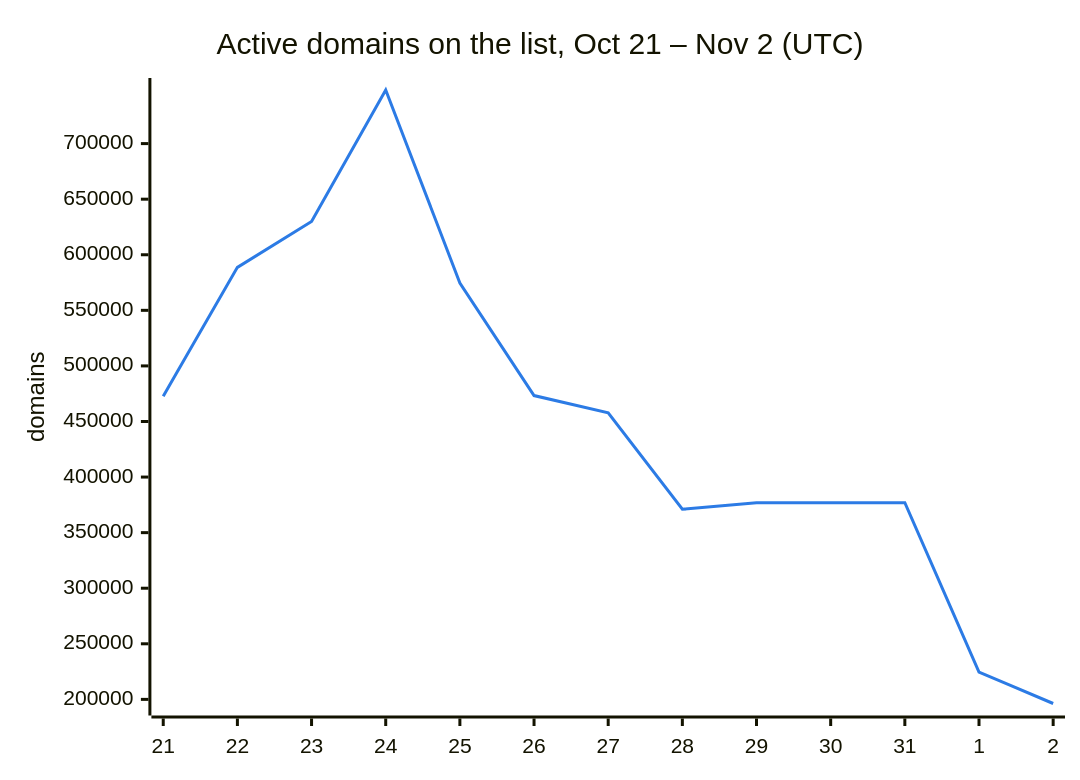
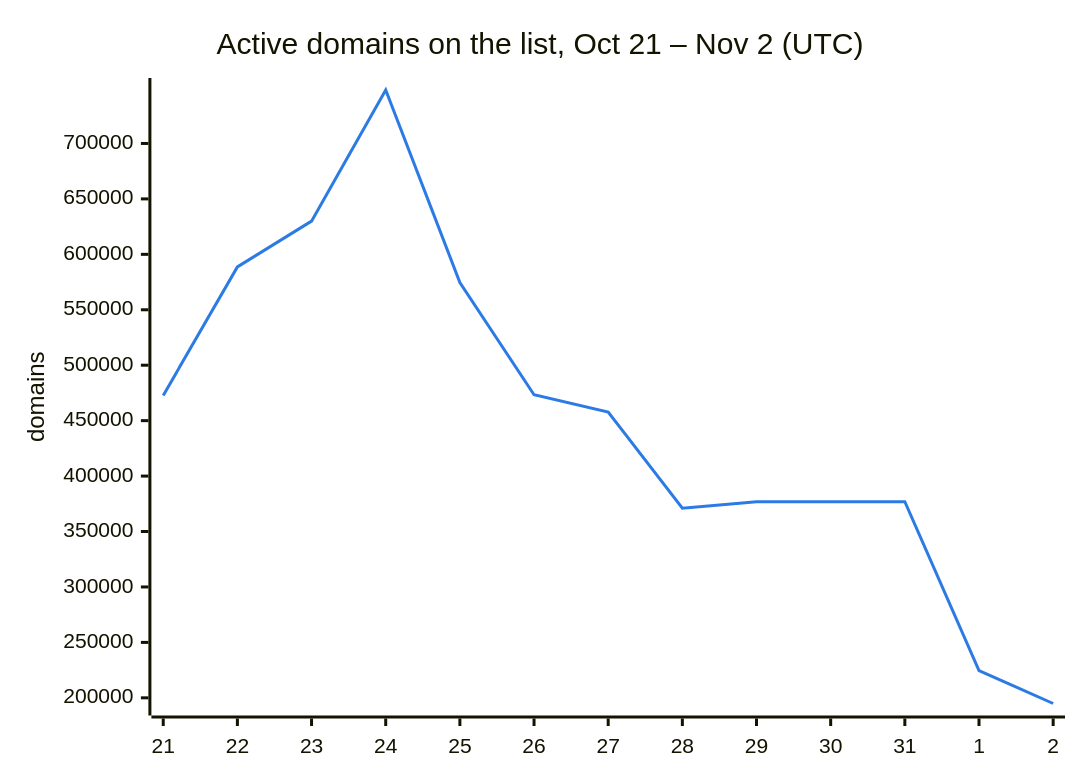
One commit to DNSBunker/CTI changed the second of 3 diagrams in README.md. Above: the diagram before and after it, drawn with Mermaid. The commit also changed other lines of this file and 3 other files, not shown here.

````diff
--- a/README.md
+++ b/README.md
@@ -38,8 +38,8 @@
 ```mermaid
 %%{init: {"themeVariables": {"xyChart": {"plotColorPalette": "#2c7be5"}}}}%%
 xychart-beta
     title "Active domains on the list, Oct 21 – Nov 2 (UTC)"
     x-axis ["21", "22", "23", "24", "25", "26", "27", "28", "29", "30", "31", "1", "2"]
     y-axis "domains"
-    line [472713, 588659, 629951, 748222, 574614, 473331, 457795, 371010, 376945, 376945, 376945, 224607, 196289]
+    line [472713, 588659, 629951, 748222, 574614, 473331, 457795, 371010, 376945, 376945, 376945, 224607, 194891]
 ```
````
